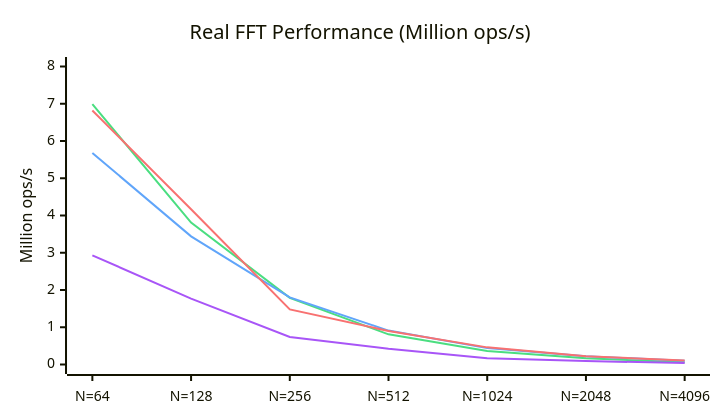
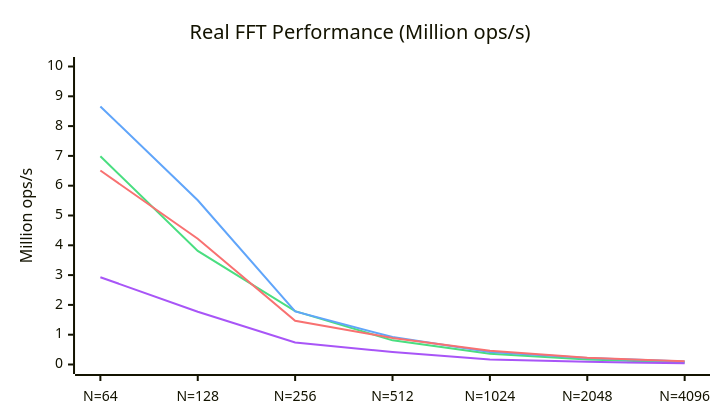
Before and after one commit to EmNudge/wat-fft: the second of 2 diagrams in README.md, drawn with Mermaid. The commit also changed other lines of this file and 2 other files, not shown here.

````diff
--- a/README.md
+++ b/README.md
@@ -59,19 +59,19 @@
 ```mermaid
 ---
 config:
     xyChart:
         width: 700
         height: 400
     themeVariables:
         xyChart:
             plotColorPalette: "#4ade80, #60a5fa, #f87171, #a855f7"
 ---
 xychart-beta
     title "Real FFT Performance (Million ops/s)"
     x-axis [N=64, N=128, N=256, N=512, N=1024, N=2048, N=4096]
-    y-axis "Million ops/s" 0 --> 8
+    y-axis "Million ops/s" 0 --> 10
     line [6.99, 3.81, 1.79, 0.81, 0.36, 0.165, 0.063]
-    line [5.68, 3.44, 1.80, 0.91, 0.44, 0.220, 0.101]
-    line [6.82, 4.17, 1.48, 0.90, 0.46, 0.222, 0.105]
+    line [8.66, 5.51, 1.78, 0.92, 0.42, 0.219, 0.102]
+    line [6.51, 4.22, 1.47, 0.89, 0.46, 0.226, 0.106]
     line [2.93, 1.77, 0.74, 0.42, 0.17, 0.092, 0.039]
 ```
````
